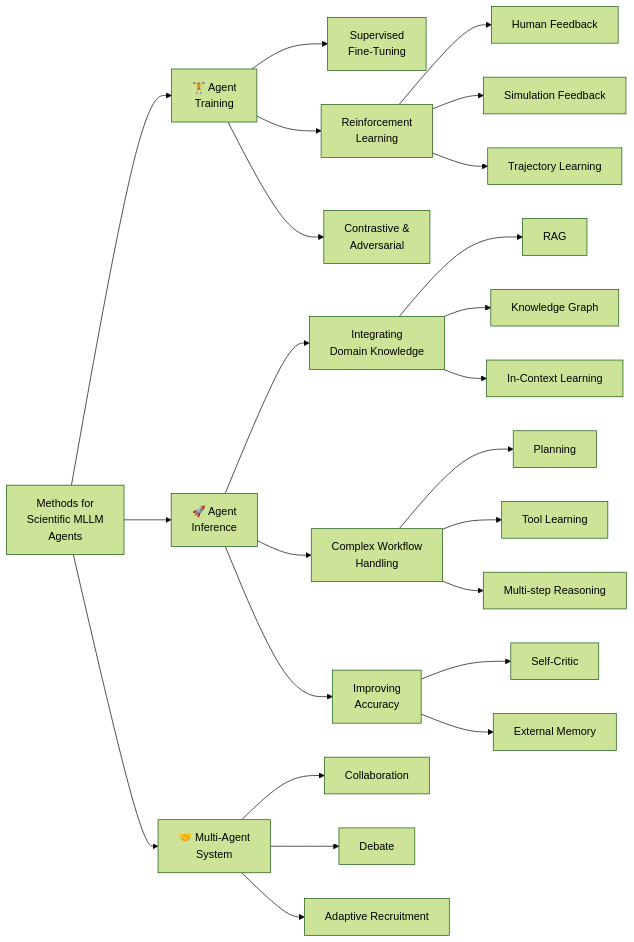
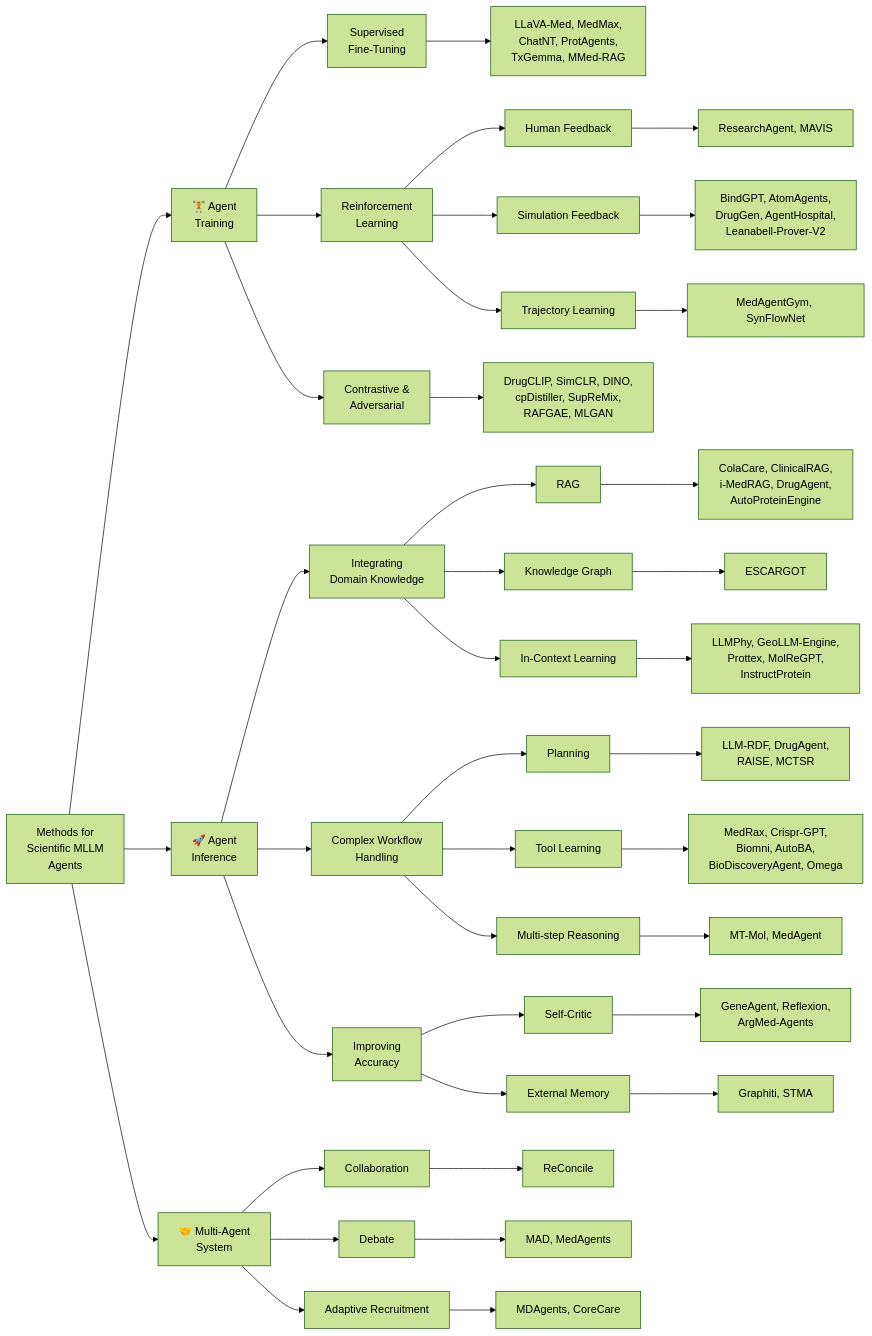
One commit to JianJinglin/awesome-agentic-AIScientists changed the second of 2 diagrams in README.md. Above: the diagram before and after it, drawn with Mermaid (forest theme). The commit also changed other lines of this file, not shown here.

Commit message:
Add paper references to Mermaid taxonomy diagrams
Updated both taxonomy diagrams to include representative papers at leaf nodes,
matching the style of the LaTeX survey paper taxonomy figures.

🤖 Generated with [Claude Code](https://claude.com/claude-code)

````diff
--- a/README.md
+++ b/README.md
@@ -206,33 +227,56 @@
 ```mermaid
 graph LR
     A[Methods for<br>Scientific MLLM<br>Agents] --> B[🏋️ Agent<br>Training]
     A --> C[🚀 Agent<br>Inference]
     A --> D[🤝 Multi-Agent<br>System]
 
     B --> B1[Supervised<br>Fine-Tuning]
     B --> B2[Reinforcement<br>Learning]
     B --> B3[Contrastive &<br>Adversarial]
 
+    B1 --> B1p[LLaVA-Med, MedMax,<br>ChatNT, ProtAgents,<br>TxGemma, MMed-RAG]
+
     B2 --> B2a[Human Feedback]
     B2 --> B2b[Simulation Feedback]
     B2 --> B2c[Trajectory Learning]
+
+    B2a --> B2ap[ResearchAgent, MAVIS]
+    B2b --> B2bp[BindGPT, AtomAgents,<br>DrugGen, AgentHospital,<br>Leanabell-Prover-V2]
+    B2c --> B2cp[MedAgentGym, SynFlowNet]
+
+    B3 --> B3p[DrugCLIP, SimCLR, DINO,<br>cpDistiller, SupReMix,<br>RAFGAE, MLGAN]
 
     C --> C1[Integrating<br>Domain Knowledge]
     C --> C2[Complex Workflow<br>Handling]
     C --> C3[Improving<br>Accuracy]
 
     C1 --> C1a[RAG]
     C1 --> C1b[Knowledge Graph]
     C1 --> C1c[In-Context Learning]
 
+    C1a --> C1ap[ColaCare, ClinicalRAG,<br>i-MedRAG, DrugAgent,<br>AutoProteinEngine]
+    C1b --> C1bp[ESCARGOT]
+    C1c --> C1cp[LLMPhy, GeoLLM-Engine,<br>Prottex, MolReGPT,<br>InstructProtein]
+
     C2 --> C2a[Planning]
     C2 --> C2b[Tool Learning]
     C2 --> C2c[Multi-step Reasoning]
 
+    C2a --> C2ap[LLM-RDF, DrugAgent,<br>RAISE, MCTSR]
+    C2b --> C2bp[MedRax, Crispr-GPT,<br>Biomni, AutoBA,<br>BioDiscoveryAgent, Omega]
+    C2c --> C2cp[MT-Mol, MedAgent]
+
     C3 --> C3a[Self-Critic]
     C3 --> C3b[External Memory]
+
+    C3a --> C3ap[GeneAgent, Reflexion,<br>ArgMed-Agents]
+    C3b --> C3bp[Graphiti, STMA]
 
     D --> D1[Collaboration]
     D --> D2[Debate]
     D --> D3[Adaptive Recruitment]
+
+    D1 --> D1p[ReConcile]
+    D2 --> D2p[MAD, MedAgents]
+    D3 --> D3p[MDAgents, CoreCare]
 ```
````
